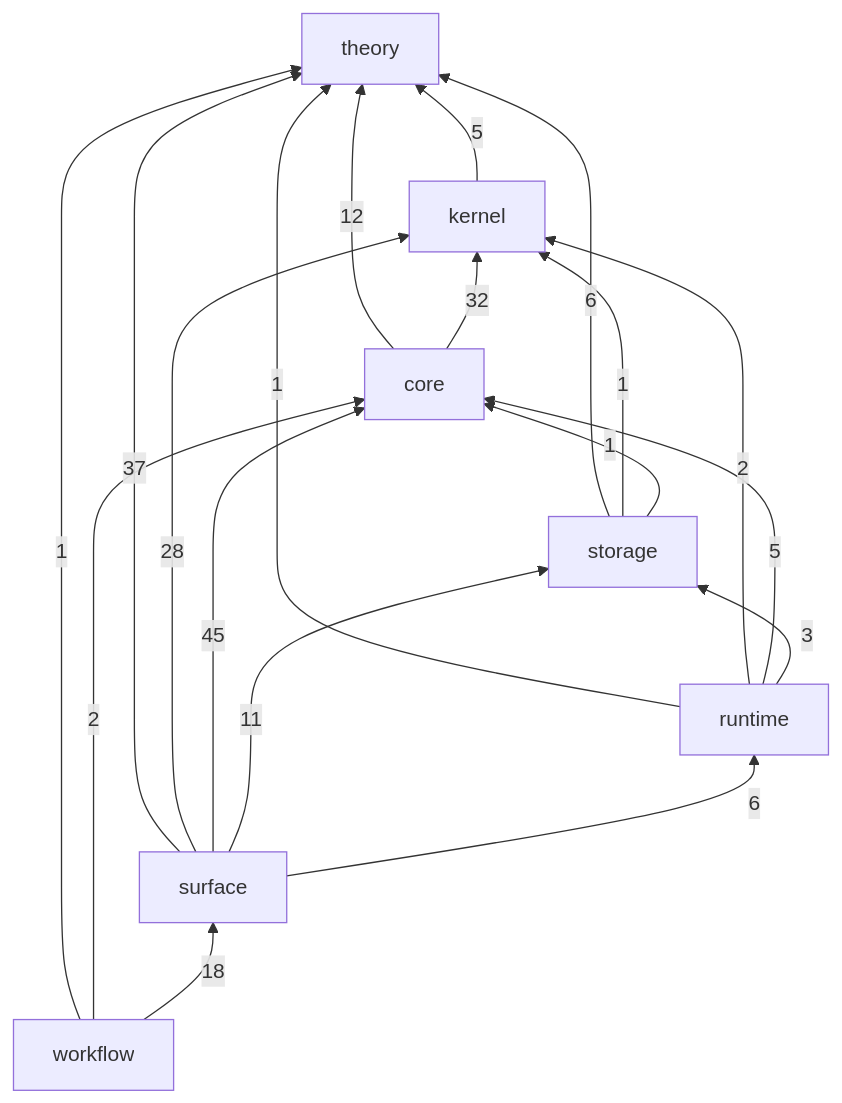
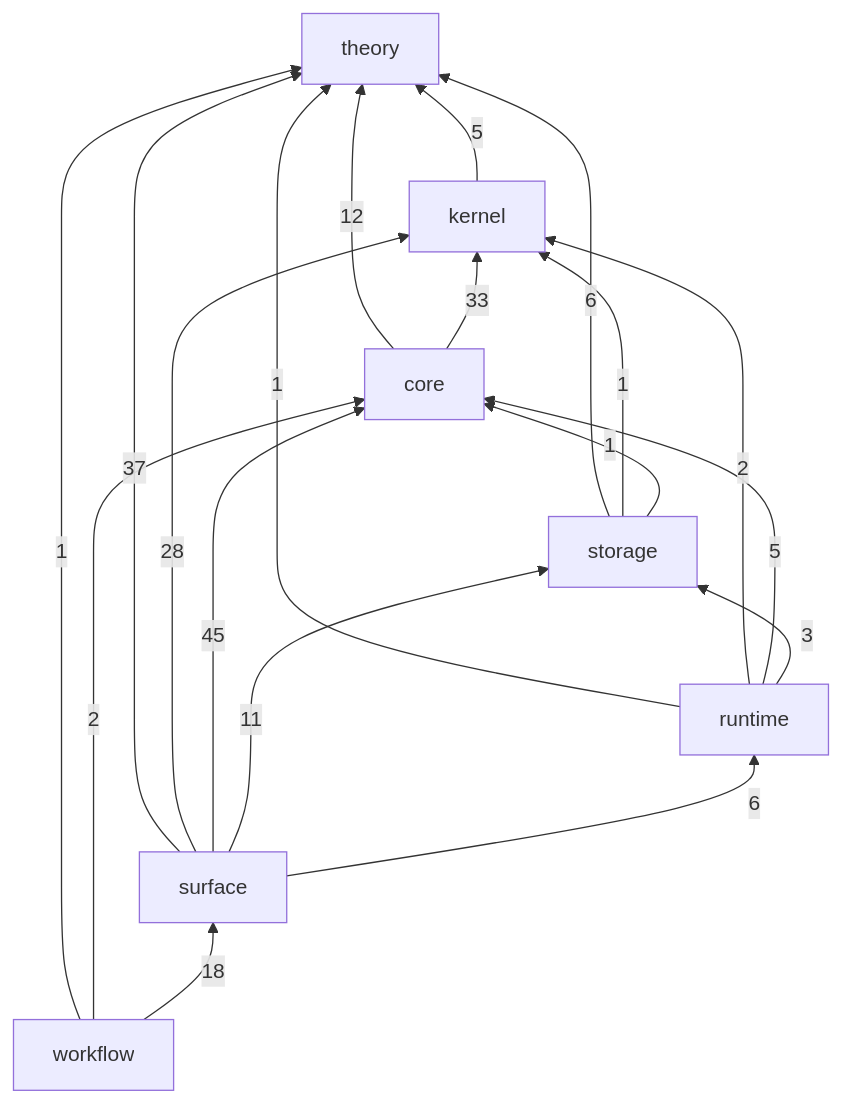
The diagram in ledger/README.md (gandr-lang/gandr), drawn with Mermaid before and after one commit. The commit also changed 16 other files, not shown here.

````diff
--- a/ledger/README.md
+++ b/ledger/README.md
@@ -30,28 +30,28 @@
 ```mermaid
 flowchart BT
   theory
   kernel
   core
   storage
   runtime
   surface
   workflow
   kernel -->|5| theory
   core -->|12| theory
-  core -->|32| kernel
+  core -->|33| kernel
   storage -->|6| theory
   storage -->|1| kernel
   storage -->|1| core
   runtime -->|1| theory
   runtime -->|2| kernel
   runtime -->|5| core
   runtime -->|3| storage
   surface -->|37| theory
   surface -->|28| kernel
   surface -->|45| core
   surface -->|11| storage
   surface -->|6| runtime
   workflow -->|1| theory
   workflow -->|2| core
   workflow -->|18| surface
 ```
````
